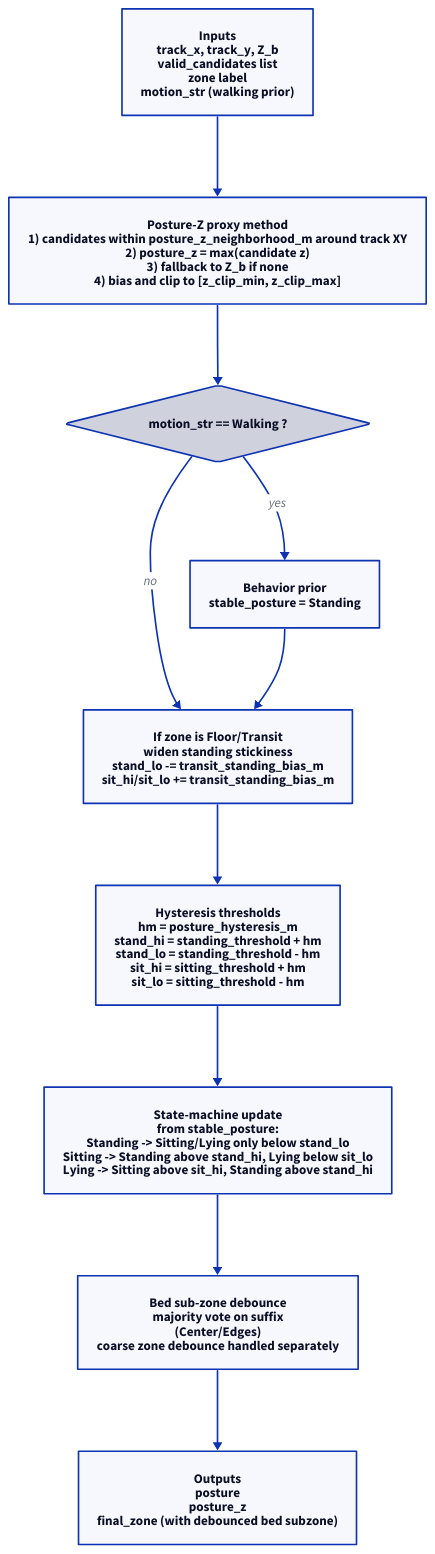
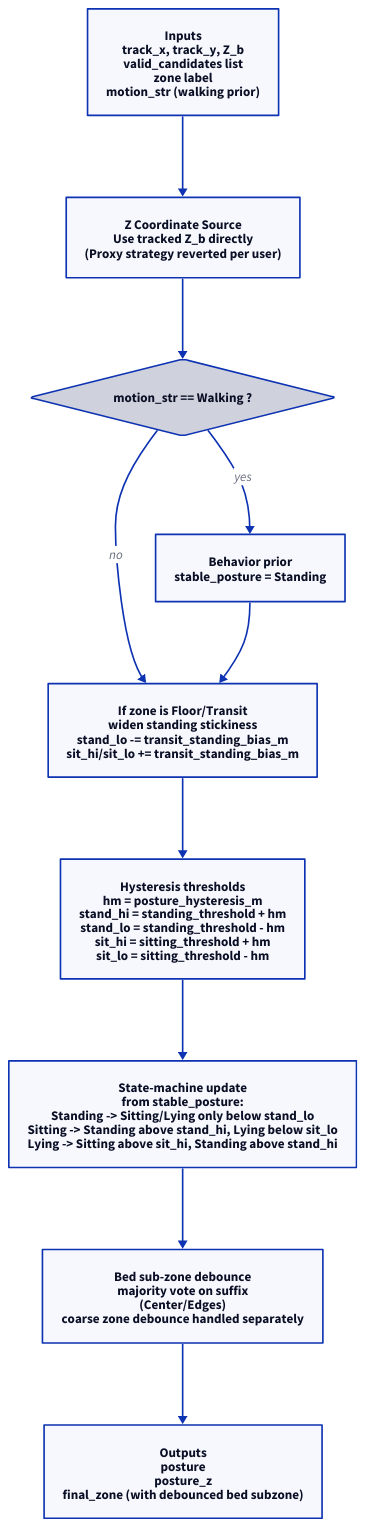
Before and after one commit to walidbrahim/activity_monitoting: the diagram in docs/legacy_dev/diagrams/posture_logic_gating.d2, drawn with D2. The commit also changed 34 other files, not shown here.

```diff
--- a/docs/legacy_dev/diagrams/posture_logic_gating.d2
+++ b/docs/legacy_dev/diagrams/posture_logic_gating.d2
@@ -1,56 +1,56 @@
 direction: down
 
 Input: {
   shape: rectangle
   label: "Inputs\ntrack_x, track_y, Z_b\nvalid_candidates list\nzone label\nmotion_str (walking prior)"
 }
 
 Proxy: {
   shape: rectangle
-  label: "Posture-Z proxy method\n1) candidates within posture_z_neighborhood_m around track XY\n2) posture_z = max(candidate z)\n3) fallback to Z_b if none\n4) bias and clip to [z_clip_min, z_clip_max]"
+  label: "Z Coordinate Source\nUse tracked Z_b directly\n(Proxy strategy reverted per user)"
 }
 
 WalkPrior: {
   shape: diamond
   label: "motion_str == Walking ?"
 }
 
 SetStand: {
   shape: rectangle
   label: "Behavior prior\nstable_posture = Standing"
 }
 
 TransitBias: {
   shape: rectangle
   label: "If zone is Floor/Transit\nwiden standing stickiness\nstand_lo -= transit_standing_bias_m\nsit_hi/sit_lo += transit_standing_bias_m"
 }
 
 Hyst: {
   shape: rectangle
   label: "Hysteresis thresholds\nhm = posture_hysteresis_m\nstand_hi = standing_threshold + hm\nstand_lo = standing_threshold - hm\nsit_hi = sitting_threshold + hm\nsit_lo = sitting_threshold - hm"
 }
 
 StateUpdate: {
   shape: rectangle
   label: "State-machine update\nfrom stable_posture:\nStanding -> Sitting/Lying only below stand_lo\nSitting -> Standing above stand_hi, Lying below sit_lo\nLying -> Sitting above sit_hi, Standing above stand_hi"
 }
 
 Subzone: {
   shape: rectangle
   label: "Bed sub-zone debounce\nmajority vote on suffix\n(Center/Edges)\ncoarse zone debounce handled separately"
 }
 
 Out: {
   shape: rectangle
   label: "Outputs\nposture\nposture_z\nfinal_zone (with debounced bed subzone)"
 }
 
 Input -> Proxy
 Proxy -> WalkPrior
 WalkPrior -> SetStand: "yes"
 WalkPrior -> TransitBias: "no"
 SetStand -> TransitBias
 TransitBias -> Hyst
 Hyst -> StateUpdate
 StateUpdate -> Subzone
 Subzone -> Out
```
